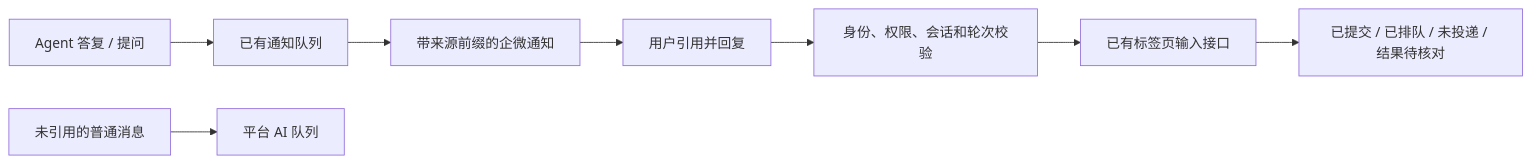
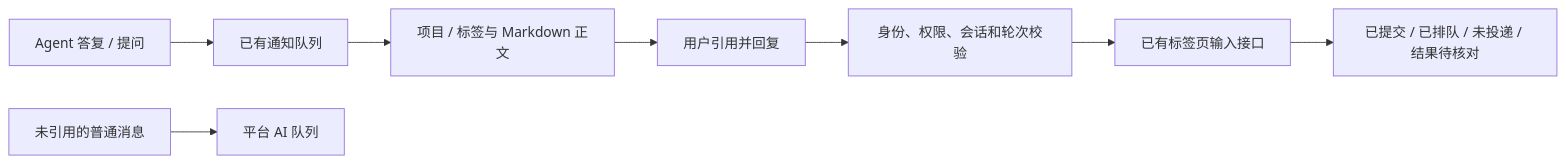
One commit to Poeagle/agentManager changed the diagram in docs/wecom-integration.md. Above: the diagram before and after it, drawn with Mermaid. The commit also changed other lines of this file and 13 other files, not shown here.

````diff
--- a/docs/wecom-integration.md
+++ b/docs/wecom-integration.md
@@ -40,10 +41,10 @@
 ```mermaid
 flowchart LR
   N[Agent 答复 / 提问] --> O[已有通知队列]
-  O --> B[带来源前缀的企微通知]
+  O --> B[项目 / 标签与 Markdown 正文]
   B --> Q[用户引用并回复]
   Q --> R[身份、权限、会话和轮次校验]
   R --> I[已有标签页输入接口]
   I --> A[已提交 / 已排队 / 未投递 / 结果待核对]
   U[未引用的普通消息] --> M[平台 AI 队列]
 ```
````
